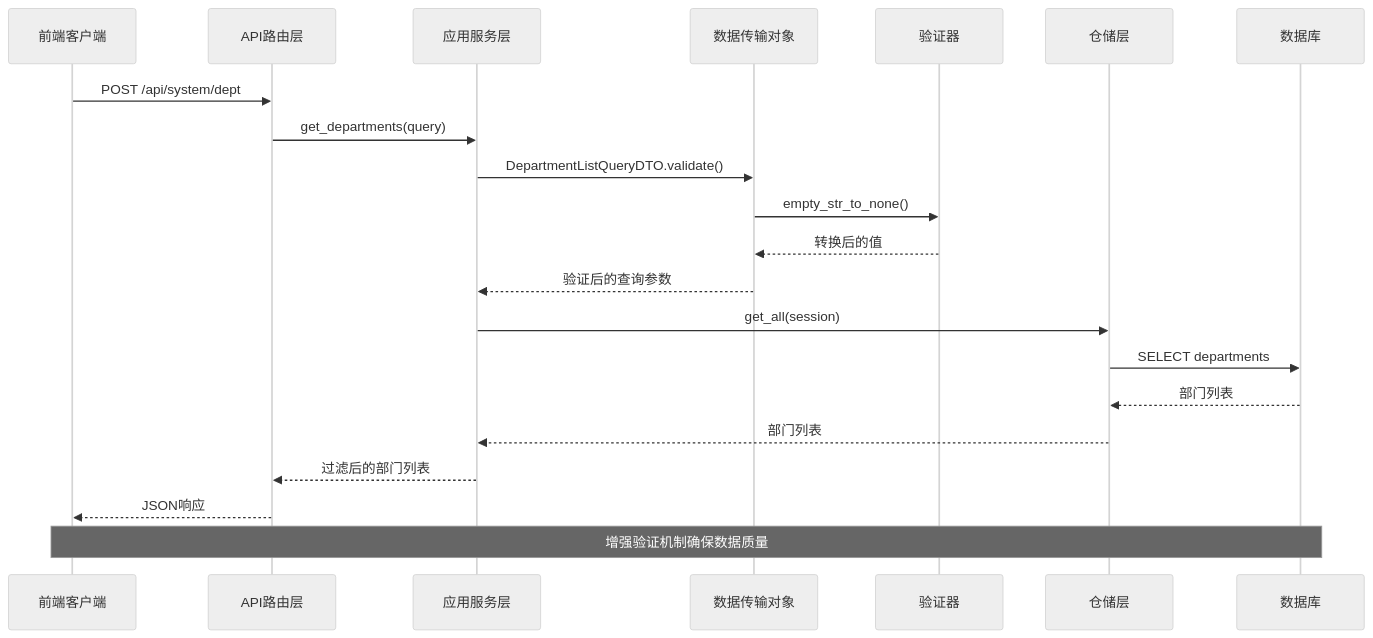
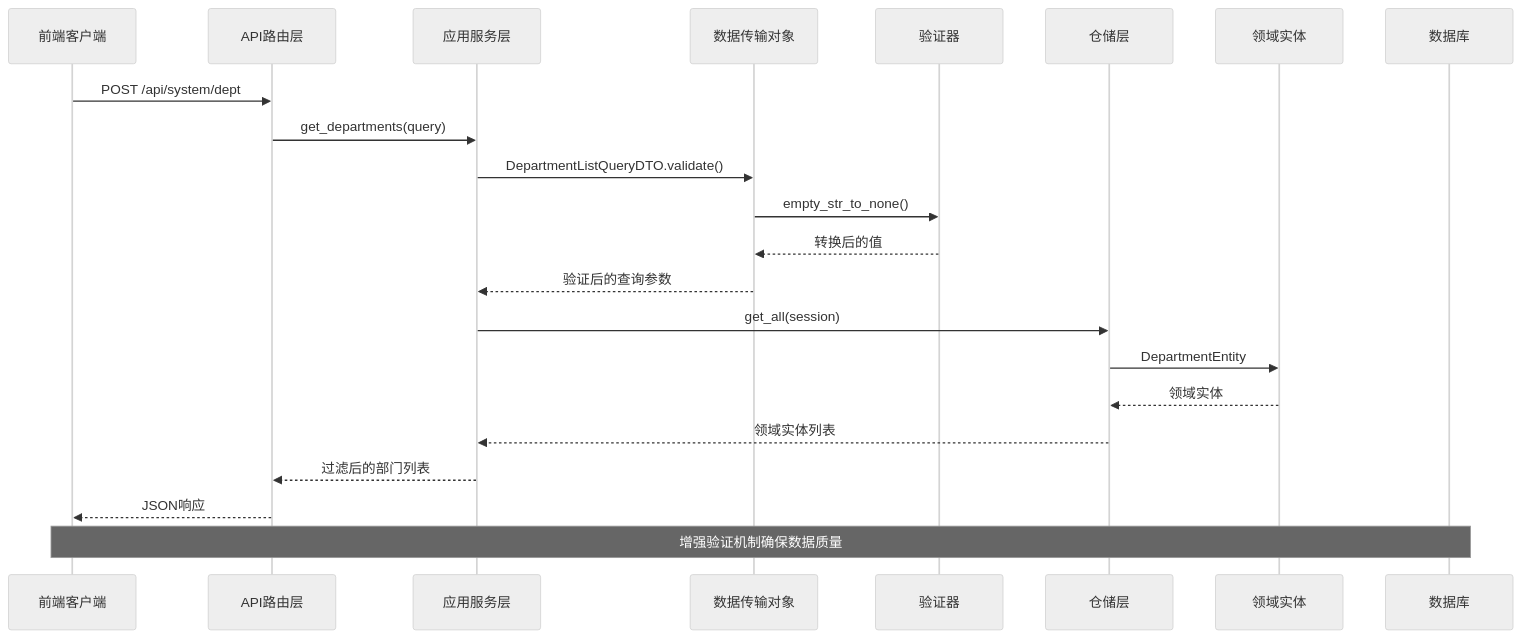
The second of 6 diagrams in .qoder/repowiki/zh/content/Department Management.md (taoweidong/Hello-FastApi), drawn with Mermaid (neutral theme) before and after one commit. The commit also changed other lines of this file and 18 other files, not shown here.

````diff
--- a/.qoder/repowiki/zh/content/Department Management.md
+++ b/.qoder/repowiki/zh/content/Department Management.md
@@ -162,23 +199,24 @@
 ```mermaid
 sequenceDiagram
 participant Client as 前端客户端
 participant API as API路由层
 participant Service as 应用服务层
 participant DTO as 数据传输对象
 participant Validators as 验证器
 participant Repo as 仓储层
+participant DomainEntity as 领域实体
 participant DB as 数据库
 Client->>API : POST /api/system/dept
 API->>Service : get_departments(query)
 Service->>DTO : DepartmentListQueryDTO.validate()
 DTO->>Validators : empty_str_to_none()
 Validators-->>DTO : 转换后的值
 DTO-->>Service : 验证后的查询参数
 Service->>Repo : get_all(session)
-Repo->>DB : SELECT departments
-DB-->>Repo : 部门列表
-Repo-->>Service : 部门列表
+Repo->>DomainEntity : DepartmentEntity
+DomainEntity-->>Repo : 领域实体
+Repo-->>Service : 领域实体列表
 Service-->>API : 过滤后的部门列表
 API-->>Client : JSON响应
 Note over Client,DB : 增强验证机制确保数据质量
 ```
````
